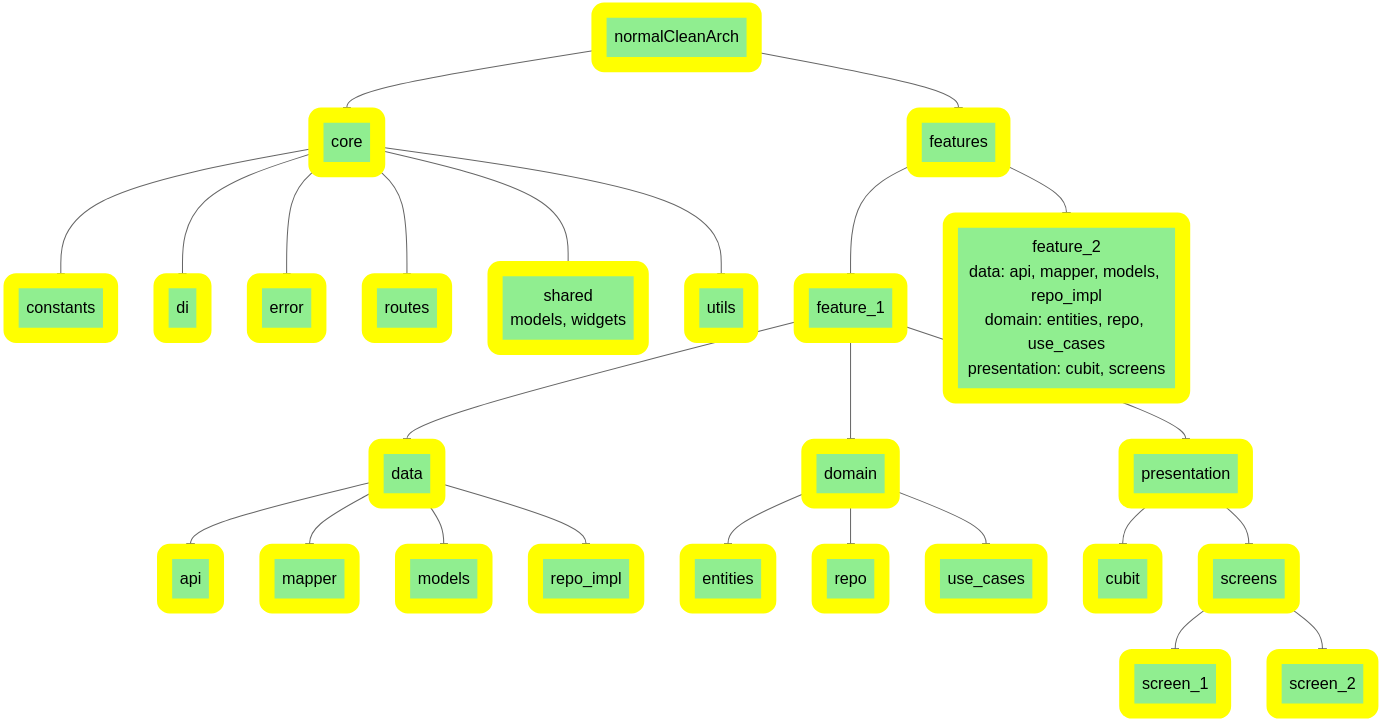
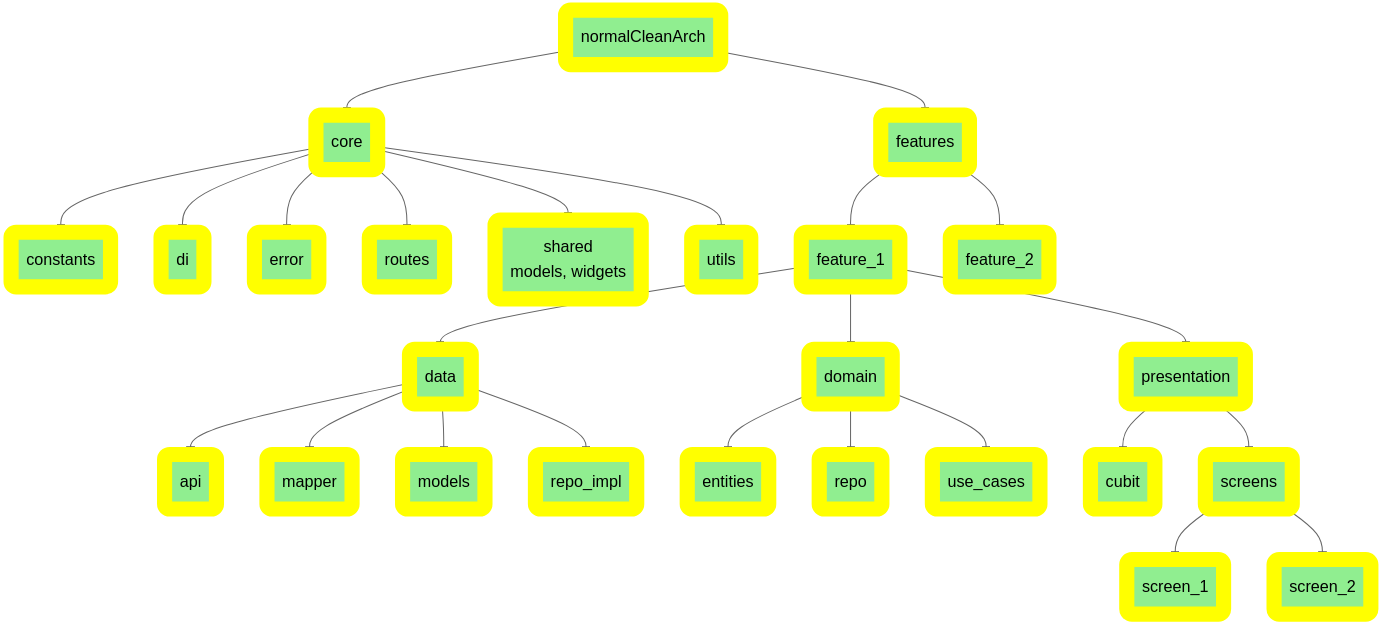
Before and after one commit to Mahm0udbakir/clean_arch: the diagram in README.md, drawn with Mermaid (neutral theme).

Commit message:
Refine README.md architecture diagram by simplifying the description of feature_2 to enhance clarity and focus on key components.

````diff
--- a/README.md
+++ b/README.md
@@ -5,36 +5,36 @@
 ```mermaid
 graph TD
     A(normalCleanArch) --> B(core)
     A --> C(features)
 
     B --> B1(constants)
     B --> B2(di)
     B --> B3(error)
     B --> B4(routes)
     B --> B5("shared<br/>models, widgets")
     B --> B6(utils)
 
     C --> C1(feature_1)
     C1 --> C1a(data)
     C1a --> C1a1(api)
     C1a --> C1a2(mapper)
     C1a --> C1a3(models)
     C1a --> C1a4(repo_impl)
     C1 --> C1b(domain)
     C1b --> C1b1(entities)
     C1b --> C1b2(repo)
     C1b --> C1b3(use_cases)
     C1 --> C1c(presentation)
     C1c --> C1c1(cubit)
     C1c --> C1c2(screens)
     C1c2 --> C1c2a(screen_1)
     C1c2 --> C1c2b(screen_2)
 
-    C --> C2("feature_2<br/>data: api, mapper, models, repo_impl<br/>domain: entities, repo, use_cases<br/>presentation: cubit, screens")
+    C --> C2("feature_2")
 
     classDef core fill:#90EE90,stroke:#FFFF00,stroke-width:15px,color:#000000;
     classDef features fill:#90EE90,stroke:#FFFF00,stroke-width:15px,color:#000000;
     classDef lib fill:#90EE90,stroke:#FFFF00,stroke-width:15px,color:#000000;
     class A,B,B1,B2,B3,B4,B5,B6 core;
     class C,C1,C1a,C1a1,C1a2,C1a3,C1a4,C1b,C1b1,C1b2,C1b3,C1c,C1c1,C1c2,C1c2a,C1c2b,C2 features;
 ```
````
